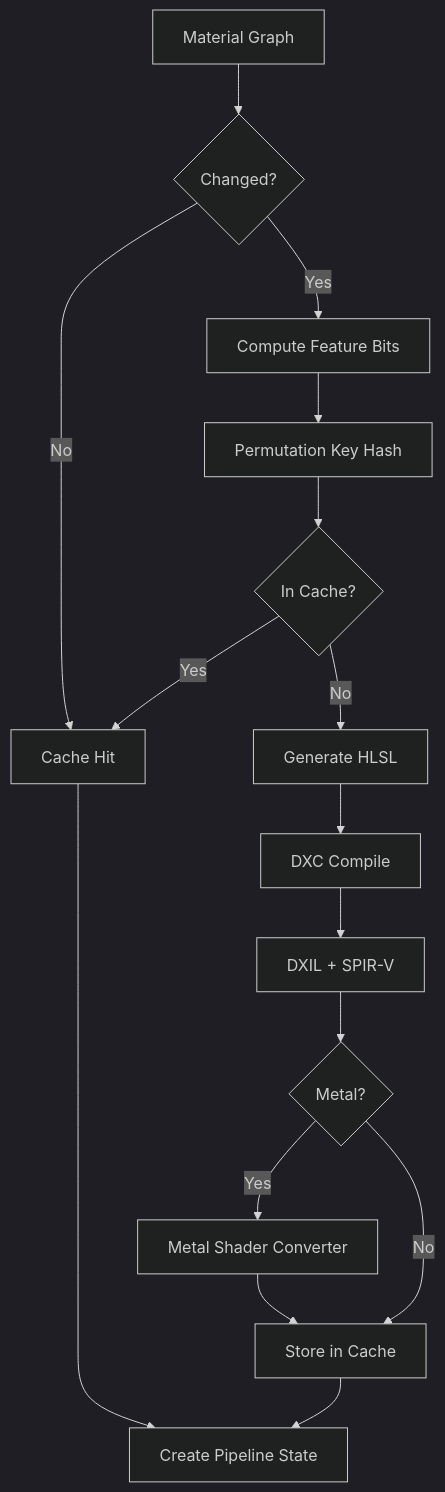
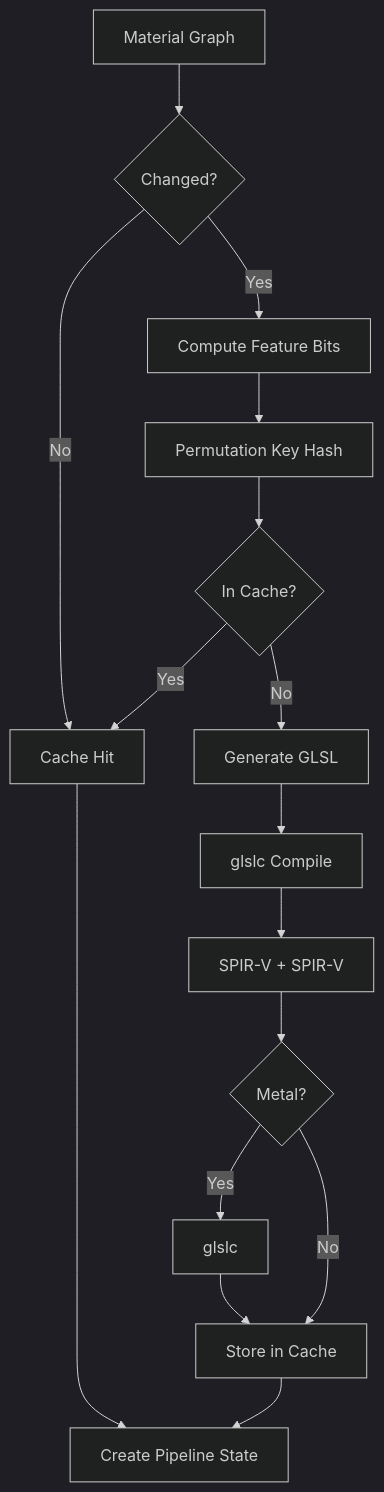
The fourth of 7 diagrams in docs/design/rendering/render-styles.md (harmonius-dev/harmonius), drawn with Mermaid (dark theme) before and after one commit. The commit also changed other lines of this file and 128 other files, not shown here.

````diff
--- a/docs/design/rendering/render-styles.md
+++ b/docs/design/rendering/render-styles.md
@@ -291,18 +291,18 @@
 ```mermaid
 flowchart TD
     A[Material Graph] --> B{Changed?}
     B -->|No| C[Cache Hit]
     B -->|Yes| D[Compute Feature Bits]
     D --> E[Permutation Key Hash]
     E --> F{In Cache?}
     F -->|Yes| C
-    F -->|No| G[Generate HLSL]
-    G --> H[DXC Compile]
-    H --> I[DXIL + SPIR-V]
+    F -->|No| G[Generate GLSL]
+    G --> H[glslc Compile]
+    H --> I[SPIR-V + SPIR-V]
     I --> J{Metal?}
-    J -->|Yes| K[Metal Shader Converter]
+    J -->|Yes| K[glslc]
     K --> L[Store in Cache]
     J -->|No| L
     L --> M[Create Pipeline State]
     C --> M
 ```
````
